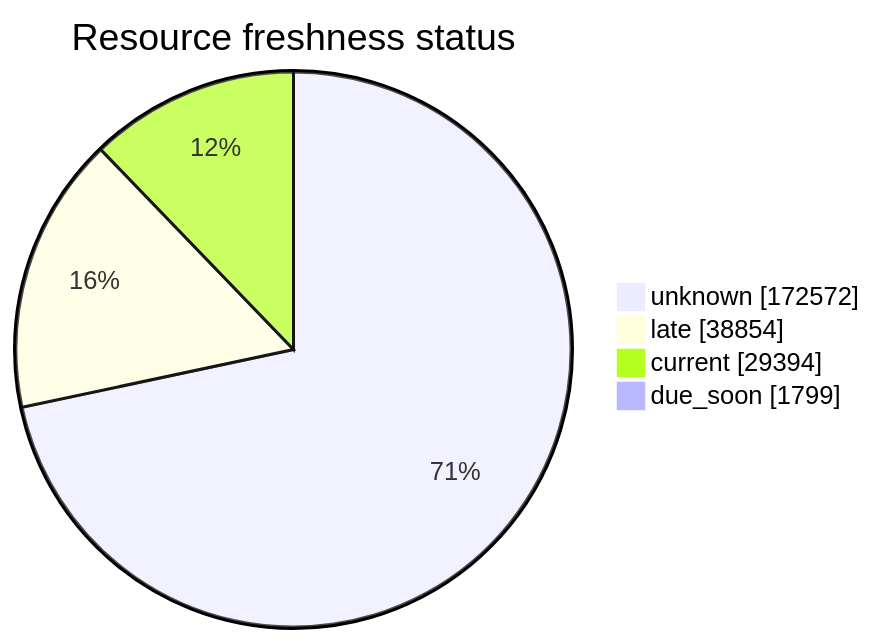
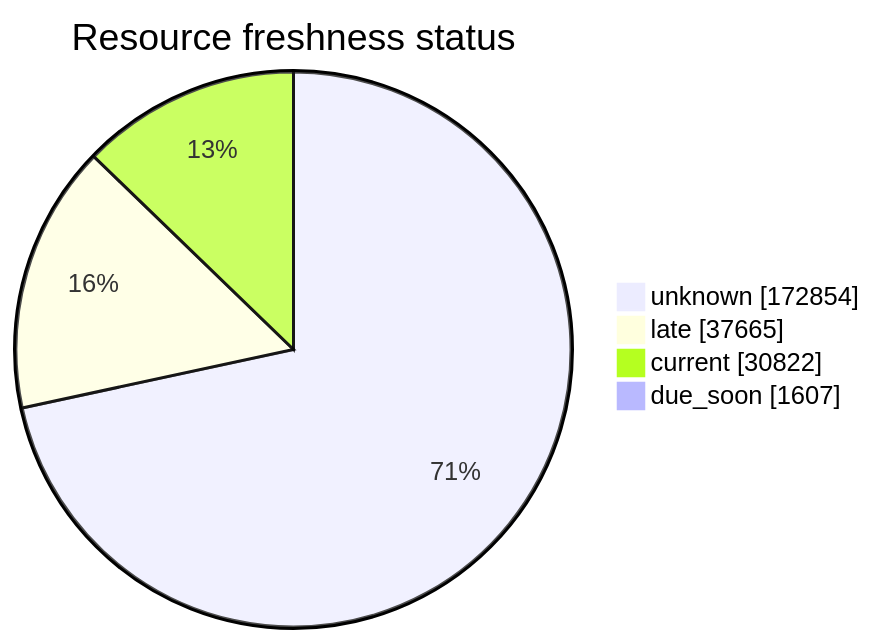
One commit to open-data/analytics-corporate-reporting changed the third of 5 diagrams in FreshCheck/README.md. Above: the diagram before and after it, drawn with Mermaid. The commit also changed other lines of this file and 3 other files, not shown here.

````diff
--- a/FreshCheck/README.md
+++ b/FreshCheck/README.md
@@ -77,7 +77,7 @@
 ```mermaid
 pie showData title Resource freshness status
-    "unknown": 172572
-    "late": 38854
-    "current": 29394
-    "due_soon": 1799
+    "unknown": 172854
+    "late": 37665
+    "current": 30822
+    "due_soon": 1607
 ```
````
